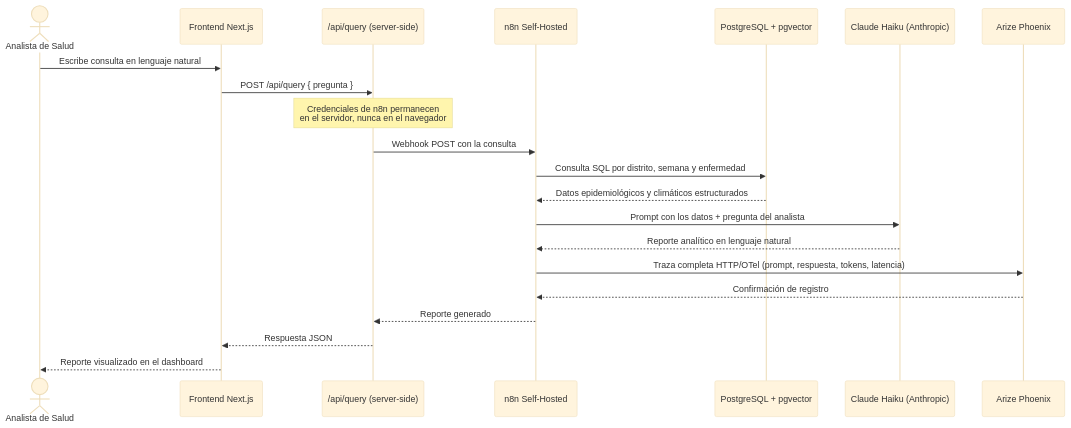
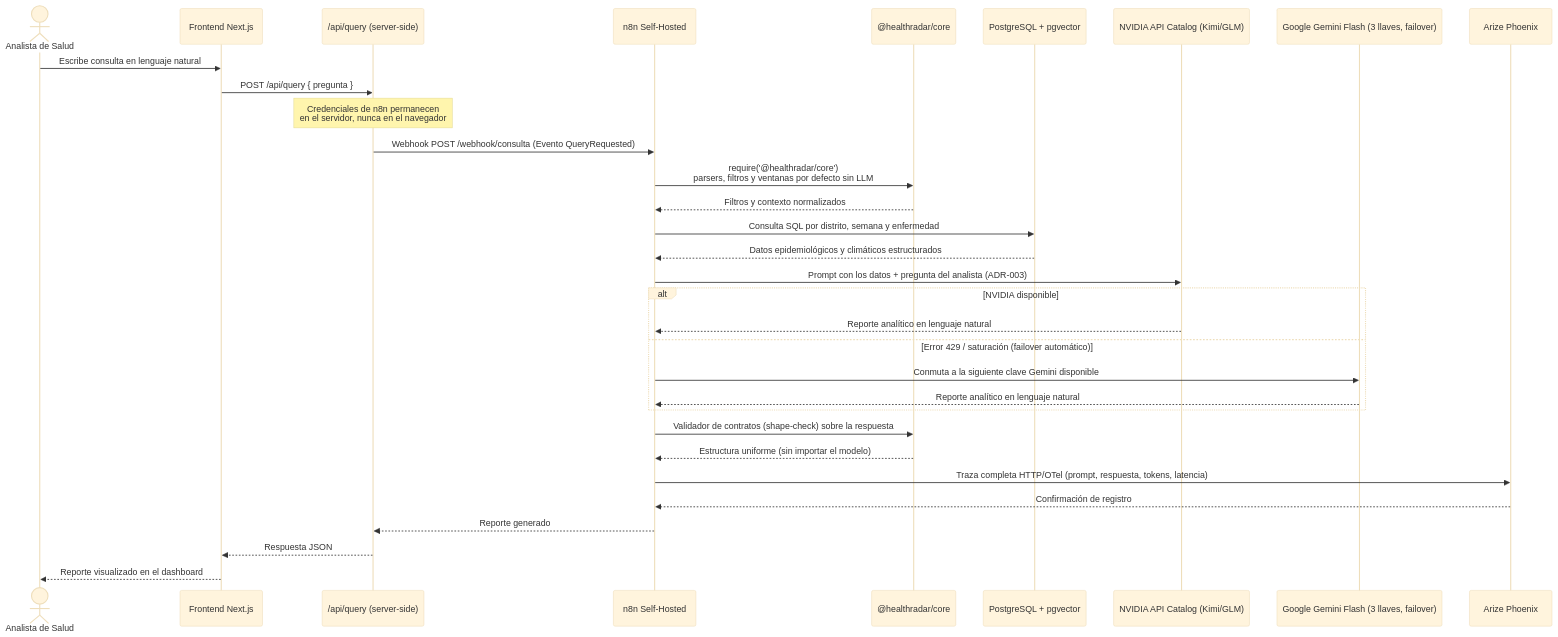
One commit to Equipo5-Aqp/HealthRadar changed the second of 3 diagrams in README.md. Above: the diagram before and after it, drawn with Mermaid (base theme). The commit also changed other lines of this file and 11 other files, not shown here.

Commit message:
feat(infra): ADR-014 - proteccion perimetral con nginx auth_request, healthz y login centralizado

````diff
--- a/README.md
+++ b/README.md
@@ -95,28 +95,40 @@
 ```mermaid
 sequenceDiagram
     actor Analista as Analista de Salud
     participant FE as Frontend Next.js
     participant API as /api/query (server-side)
     participant N8N as n8n Self-Hosted
+    participant CORE as @healthradar/core
     participant PG as PostgreSQL + pgvector
-    participant CLAUDE as Claude Haiku (Anthropic)
+    participant NVIDIA as NVIDIA API Catalog (Kimi/GLM)
+    participant GEMINI as Google Gemini Flash (3 llaves, failover)
     participant PHX as Arize Phoenix
 
     Analista->>FE: Escribe consulta en lenguaje natural
     FE->>API: POST /api/query { pregunta }
     Note over API: Credenciales de n8n permanecen<br/>en el servidor, nunca en el navegador
 
-    API->>N8N: Webhook POST con la consulta
+    API->>N8N: Webhook POST /webhook/consulta (Evento QueryRequested)
+    N8N->>CORE: require('@healthradar/core')<br/>parsers, filtros y ventanas por defecto sin LLM
+    CORE-->>N8N: Filtros y contexto normalizados
     N8N->>PG: Consulta SQL por distrito, semana y enfermedad
     PG-->>N8N: Datos epidemiológicos y climáticos estructurados
 
-    N8N->>CLAUDE: Prompt con los datos + pregunta del analista
-    CLAUDE-->>N8N: Reporte analítico en lenguaje natural
+    N8N->>NVIDIA: Prompt con los datos + pregunta del analista (ADR-003)
+    alt NVIDIA disponible
+        NVIDIA-->>N8N: Reporte analítico en lenguaje natural
+    else Error 429 / saturación (failover automático)
+        N8N->>GEMINI: Conmuta a la siguiente clave Gemini disponible
+        GEMINI-->>N8N: Reporte analítico en lenguaje natural
+    end
+
+    N8N->>CORE: Validador de contratos (shape-check) sobre la respuesta
+    CORE-->>N8N: Estructura uniforme (sin importar el modelo)
 
     N8N->>PHX: Traza completa HTTP/OTel (prompt, respuesta, tokens, latencia)
     PHX-->>N8N: Confirmación de registro
 
     N8N-->>API: Reporte generado
     API-->>FE: Respuesta JSON
     FE-->>Analista: Reporte visualizado en el dashboard
 ```
````
